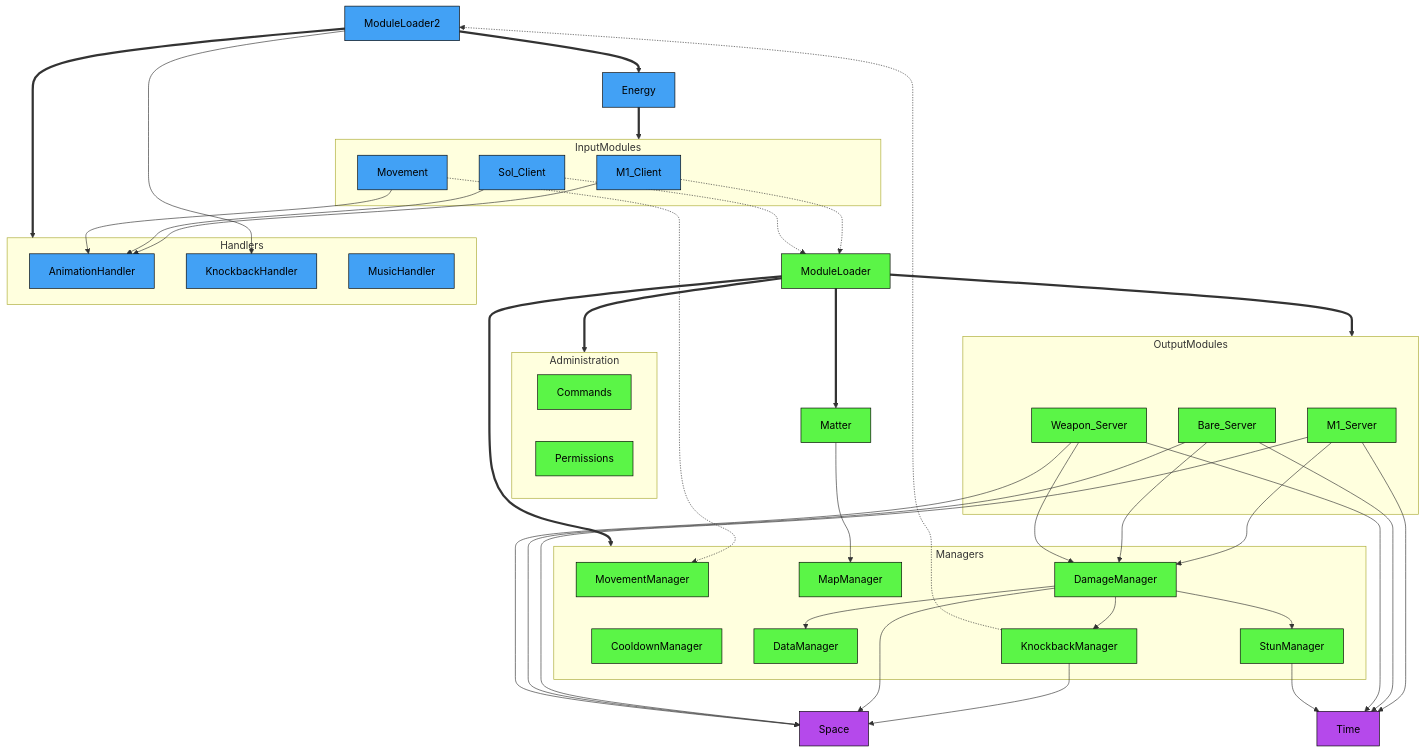
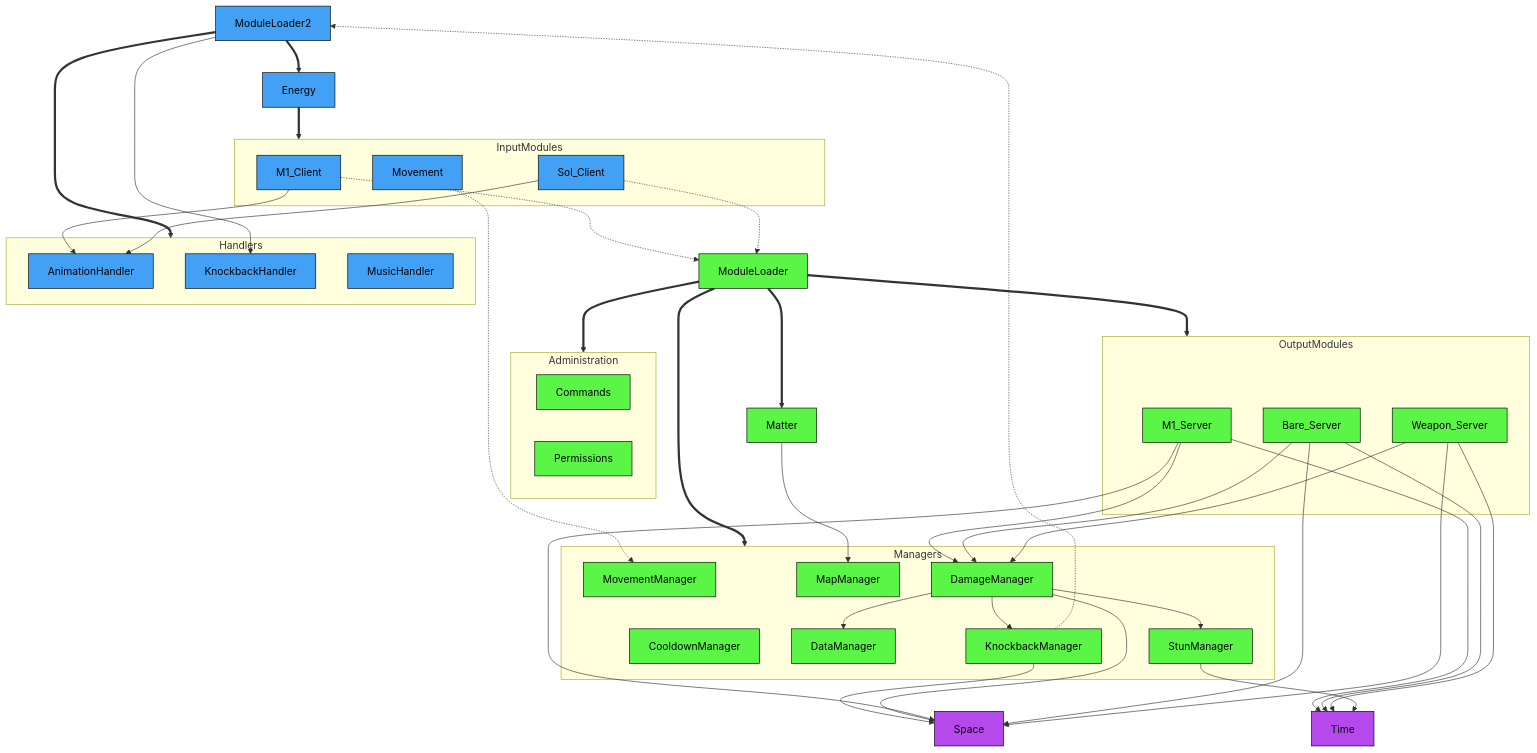
The diagram in README.md (altair5607249/Crusaders-Game), drawn with Mermaid before and after one commit.

````diff
--- a/README.md
+++ b/README.md
@@ -37,73 +37,72 @@
 ```mermaid
 flowchart TB;
 
   classDef serverNode fill:#5bf547,stroke:#000000,color:#000000
   classDef clientNode fill:#42a1f5,stroke:#000000,color:#000000
   classDef universalNode fill:#b549eb,stroke:#000000,color:#000000
 
   ModuleLoader2==>Energy;
   ModuleLoader2==>Handlers;
   Energy==>InputModules;
 
   subgraph Handlers
     AnimationHandler;
     KnockbackHandler;
     MusicHandler
   end
 
   subgraph InputModules
     M1_Client;
     Sol_Client;
     Movement;
   end
 
   M1_Client-->AnimationHandler;
   Sol_Client-->AnimationHandler;
-  Movement-->AnimationHandler;
   M1_Client-.->ModuleLoader;
   Sol_Client-.->ModuleLoader;
   Movement-.->MovementManager;
   ModuleLoader==>Administration;
   ModuleLoader==>Managers;
   ModuleLoader==>OutputModules;
   ModuleLoader==>Matter-->MapManager;
 
   subgraph Administration
     Commands;
     Permissions;
   end
 
   subgraph Managers
     CooldownManager;
     DamageManager;
     DataManager;
     KnockbackManager;
     MapManager;
     MovementManager;
     StunManager;
   end
 
   subgraph OutputModules
     M1_Server-->DamageManager;
     Bare_Server-->DamageManager;
     Weapon_Server-->DamageManager;
   end
 
   KnockbackManager-->Space;
   DamageManager-->Space;
   DamageManager-->DataManager;
   DamageManager-->KnockbackManager;
   DamageManager-->StunManager;
   M1_Server-->Time;
   Bare_Server-->Time;
   Weapon_Server-->Time;
   StunManager-->Time;
   M1_Server-->Space;
   Bare_Server-->Space;
   Weapon_Server-->Space;
   KnockbackManager-.->ModuleLoader2-->KnockbackHandler;
 
   class ModuleLoader,M1_Server,Bare_Server,Weapon_Server,MovementManager,Commands,Permissions,CooldownManager,DamageManager,DataManager,KnockbackManager,MapManager,MovementManager,StunManager,Matter serverNode;
   class ModuleLoader2,Energy,M1_Client,Sol_Client,Movement,AnimationHandler,KnockbackHandler,MusicHandler clientNode;
   class Space,Time universalNode;
 ```
````
